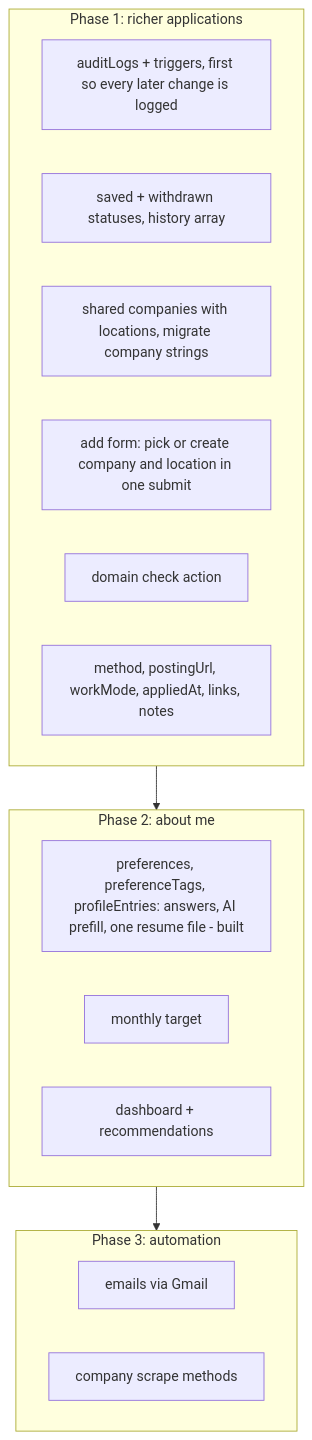
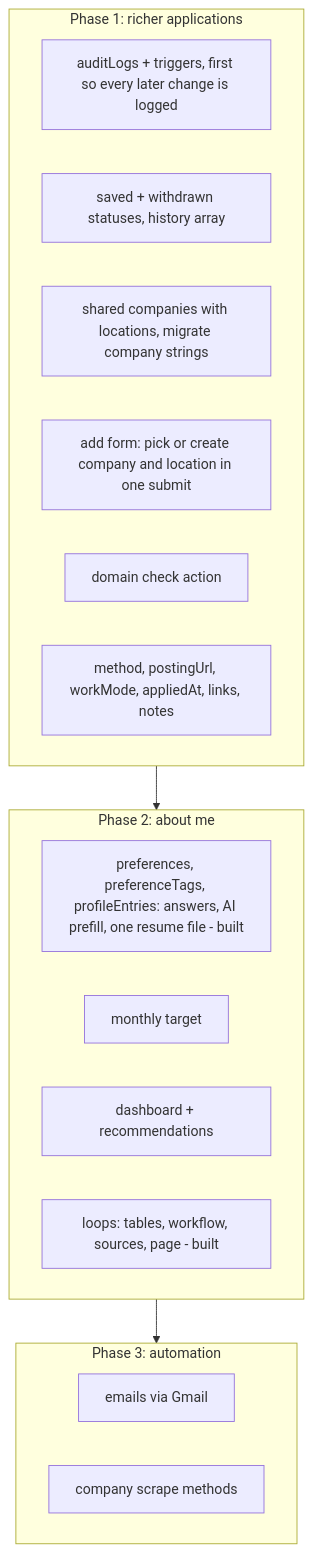
The ninth of 9 diagrams in docs/database-design.md (saranatour1/job-tracking-helper), drawn with Mermaid before and after one commit. The commit also changed other lines of this file and 67 other files, not shown here.

````diff
--- a/docs/database-design.md
+++ b/docs/database-design.md
@@ -338,21 +505,22 @@
 ```mermaid
 flowchart TD
     subgraph P1[Phase 1: richer applications]
         S0[auditLogs + triggers, first so every later change is logged]
         S1[saved + withdrawn statuses, history array]
         S3[shared companies with locations, migrate company strings]
         S3b[add form: pick or create company and location in one submit]
         S3c[domain check action]
         S4[method, postingUrl, workMode, appliedAt, links, notes]
     end
     subgraph P2[Phase 2: about me]
         S5[preferences, preferenceTags, profileEntries: answers, AI prefill, one resume file - built]
         S6[monthly target]
         S8[dashboard + recommendations]
+        S10[loops: tables, workflow, sources, page - built]
     end
     subgraph P3[Phase 3: automation]
         S9[emails via Gmail]
         S11[company scrape methods]
     end
     P1 --> P2 --> P3
 ```
````
